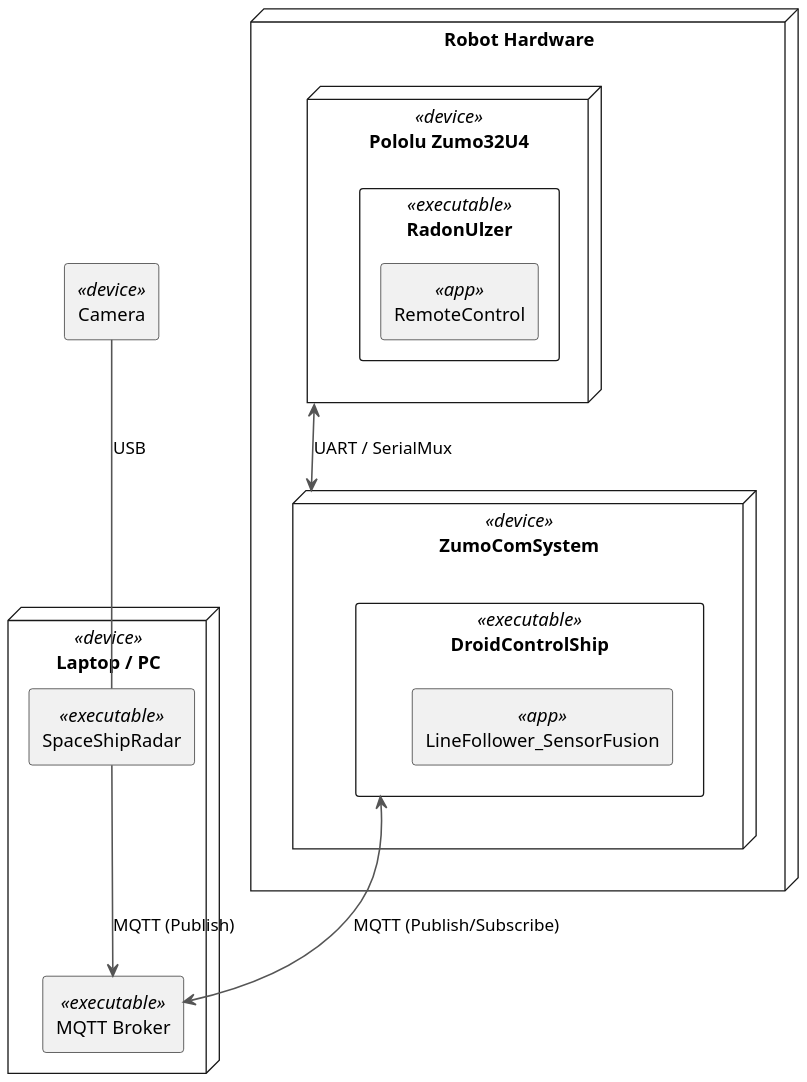
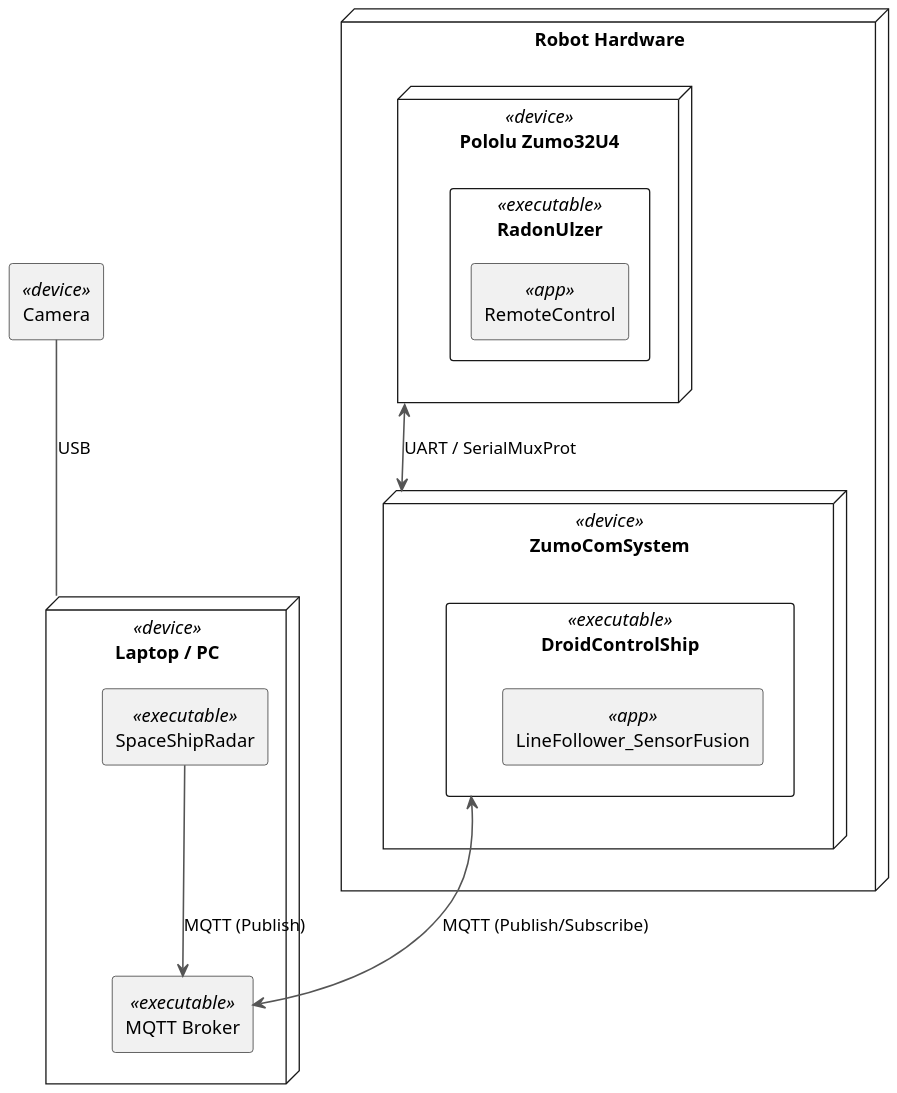
Before and after one commit to BlueAndi/DroidControlShip: the diagram in doc/SensorFusion/architecture/DeploymentDiagram_RealWorld_SensorFusion.puml, drawn with PlantUML. The commit also changed 4 other files, not shown here.

```diff
--- a/doc/SensorFusion/architecture/DeploymentDiagram_RealWorld_SensorFusion.puml
+++ b/doc/SensorFusion/architecture/DeploymentDiagram_RealWorld_SensorFusion.puml
@@ -1,40 +1,35 @@
 @startuml ZumoReal_MQTT
 skinparam dpi 150
 skinparam componentStyle rectangle
 skinparam ArrowColor #555
 skinparam ArrowThickness 1.2
 skinparam defaultFontName Helvetica
 
 
 
 node "Robot Hardware" {
-node "ZumoComSystem" <<device>> as ZCS {
-    component "DroidControlShip" <<executable>> as DCS {
-    component "LineFollower_SensorFusion" <<app>> as LineFollowerApp
+    node "ZumoComSystem" <<device>> as ZCS {
+        component "DroidControlShip" <<executable>> as DCS {
+            component "LineFollower_SensorFusion" <<app>> as LineFollowerApp
+        }
     }
-}
 
-node "Pololu Zumo32U4" <<device>> as ZUMO {
-    component "RadonUlzer" <<executable>> as RadonUlzer {
-    component "RemoteControl" <<app>> as RemoteControlApp
+    node "Pololu Zumo32U4" <<device>> as ZUMO {
+        component "RadonUlzer" <<executable>> as RadonUlzer {
+            component "RemoteControl" <<app>> as RemoteControlApp
+        }
     }
-}
 }
 
 node "Laptop / PC" <<device>> as HOST {
     component "MQTT Broker" <<executable>> as BROKER
     component "SpaceShipRadar" <<executable>> as SSR
 }
 
 component "Camera" <<device>> as CAMERA
 
-
-' ==== Datenverbindungen ====
-ZUMO <--> ZCS : UART / SerialMux
+ZUMO <--> ZCS : UART / SerialMuxProt
 DCS <--> BROKER : MQTT (Publish/Subscribe)
 SSR --> BROKER : MQTT (Publish)
-CAMERA -- SSR : USB
-
-
-
+CAMERA -- HOST : USB
 @enduml
```
